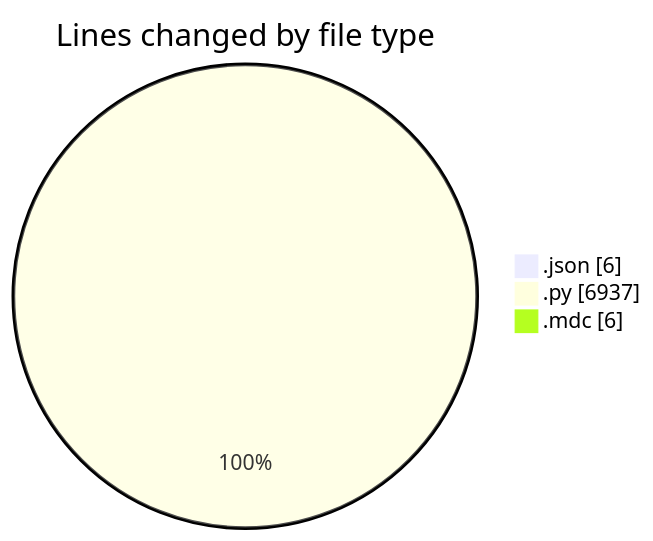
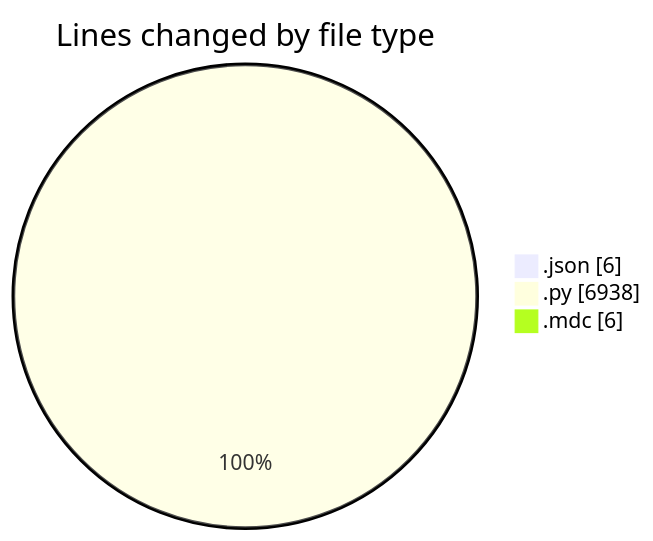
The first of 2 diagrams in 2025-07-16/telebot/README.md (jrari/code-tracking), drawn with Mermaid before and after one commit. The commit also changed other lines of this file and 1 other file, not shown here.

````diff
--- a/2025-07-16/telebot/README.md
+++ b/2025-07-16/telebot/README.md
@@ -27,7 +27,7 @@
 ```mermaid
 pie showData
 title Lines changed by file type
 ".json" : 6
-".py" : 6937
+".py" : 6938
 ".mdc" : 6
 ```
````
